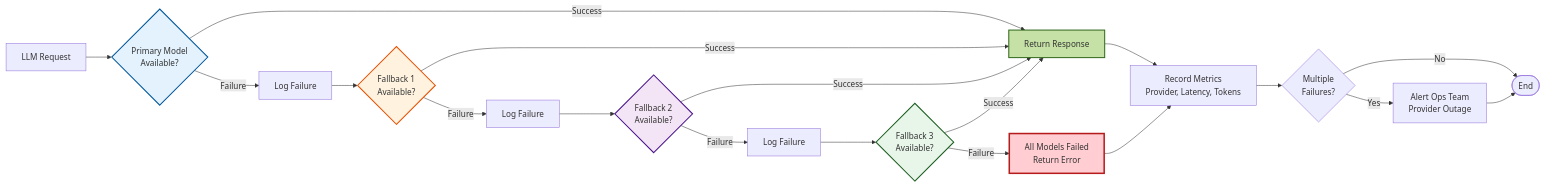
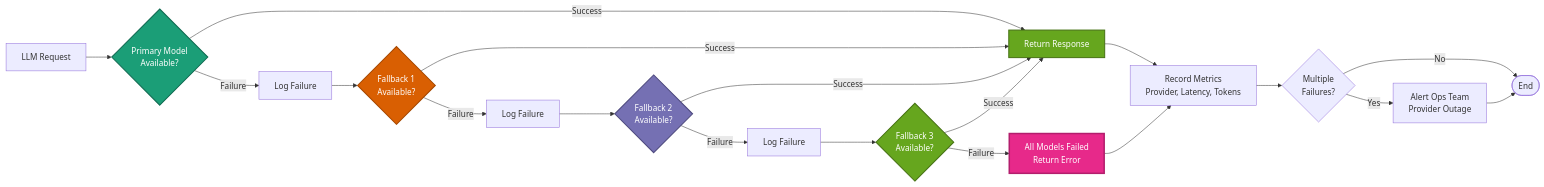
Before and after one commit to vishnu2kmohan/mcp-server-langgraph: the ninth of 10 diagrams in docs/diagrams/system-architecture.mdx, drawn with Mermaid. The commit also changed other lines of this file and 4 other files, not shown here.

First line of the commit message:
style: update Mermaid diagrams to dark mode-friendly ColorBrewer2 palette

````diff
--- a/docs/diagrams/system-architecture.mdx
+++ b/docs/diagrams/system-architecture.mdx
@@ -506,34 +506,34 @@
 ```mermaid
 flowchart LR
     Request[LLM Request] --> Primary{Primary Model<br/>Available?}
 
     Primary -->|Success| Response[Return Response]
     Primary -->|Failure| Log1[Log Failure]
 
     Log1 --> Fallback1{Fallback 1<br/>Available?}
     Fallback1 -->|Success| Response
     Fallback1 -->|Failure| Log2[Log Failure]
 
     Log2 --> Fallback2{Fallback 2<br/>Available?}
     Fallback2 -->|Success| Response
     Fallback2 -->|Failure| Log3[Log Failure]
 
     Log3 --> Fallback3{Fallback 3<br/>Available?}
     Fallback3 -->|Success| Response
     Fallback3 -->|Failure| Error[All Models Failed<br/>Return Error]
 
     Response --> Metrics[Record Metrics<br/>Provider, Latency, Tokens]
     Error --> Metrics
 
     Metrics --> Alert{Multiple<br/>Failures?}
     Alert -->|Yes| Notify[Alert Ops Team<br/>Provider Outage]
     Alert -->|No| End([End])
     Notify --> End
 
-    style Primary fill:#e3f2fd,stroke:#01579b,stroke-width:2px
-    style Fallback1 fill:#fff3e0,stroke:#e65100,stroke-width:2px
-    style Fallback2 fill:#f3e5f5,stroke:#4a148c,stroke-width:2px
-    style Fallback3 fill:#e8f5e9,stroke:#1b5e20,stroke-width:2px
-    style Error fill:#ffcdd2,stroke:#b71c1c,stroke-width:3px
-    style Response fill:#c5e1a5,stroke:#33691e,stroke-width:2px
+    style Primary fill:#1b9e77,stroke:#116b52,stroke-width:2px,color:#fff
+    style Fallback1 fill:#d95f02,stroke:#a64801,stroke-width:2px,color:#fff
+    style Fallback2 fill:#7570b3,stroke:#4e4a7f,stroke-width:2px,color:#fff
+    style Fallback3 fill:#66a61e,stroke:#477315,stroke-width:2px,color:#fff
+    style Error fill:#e7298a,stroke:#b31e6d,stroke-width:3px,color:#fff
+    style Response fill:#66a61e,stroke:#477315,stroke-width:2px,color:#fff
 ```
````
